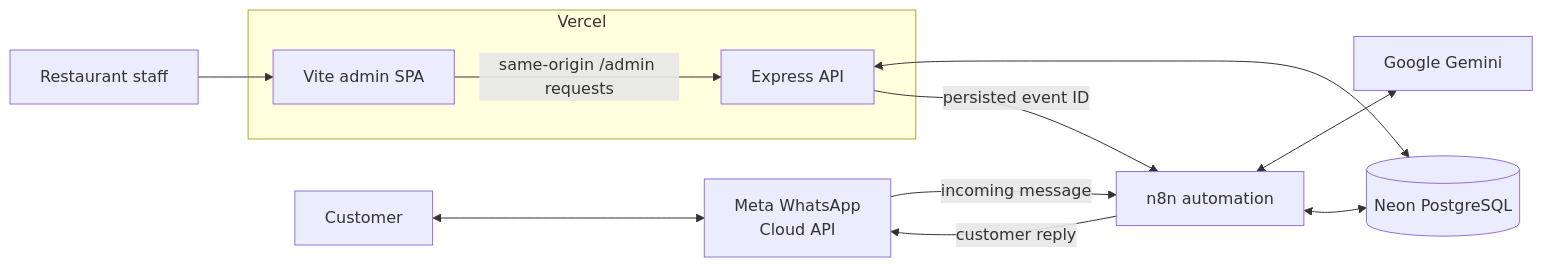
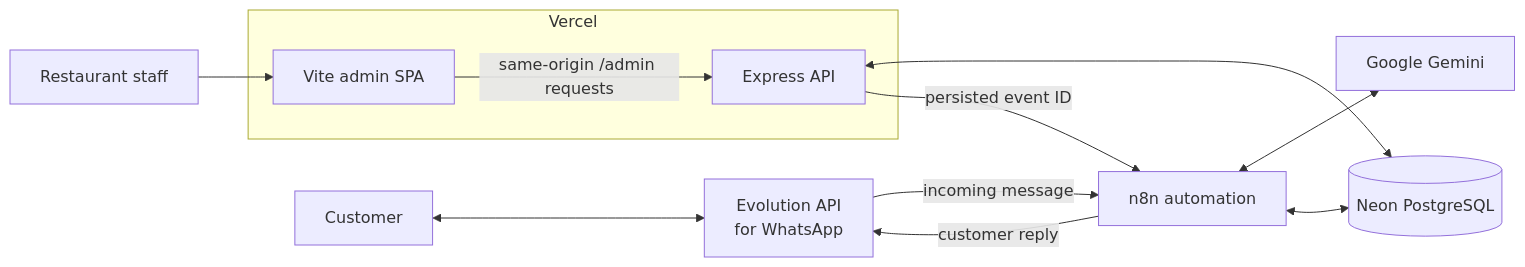
Before and after one commit to muhammad-abbas-10/Pizza-Whatsapp-AI-Bot: the first of 3 diagrams in README.md, drawn with Mermaid. The commit also changed other lines of this file, not shown here.

````diff
--- a/README.md
+++ b/README.md
@@ -95,25 +95,25 @@
 ```mermaid
 flowchart LR
     Customer[Customer]
-    WA[Meta WhatsApp<br/>Cloud API]
+    WA[Evolution API<br/>for WhatsApp]
     N8N[n8n automation]
     Gemini[Google Gemini]
     DB[(Neon PostgreSQL)]
     Browser[Restaurant staff]
 
     subgraph Vercel
       SPA[Vite admin SPA]
       API[Express API]
     end
 
     Customer <--> WA
     WA -->|incoming message| N8N
     N8N -->|customer reply| WA
     N8N <--> Gemini
     N8N <--> DB
 
     Browser --> SPA
     SPA -->|same-origin /admin requests| API
     API <--> DB
     API -->|persisted event ID| N8N
 ```
````
